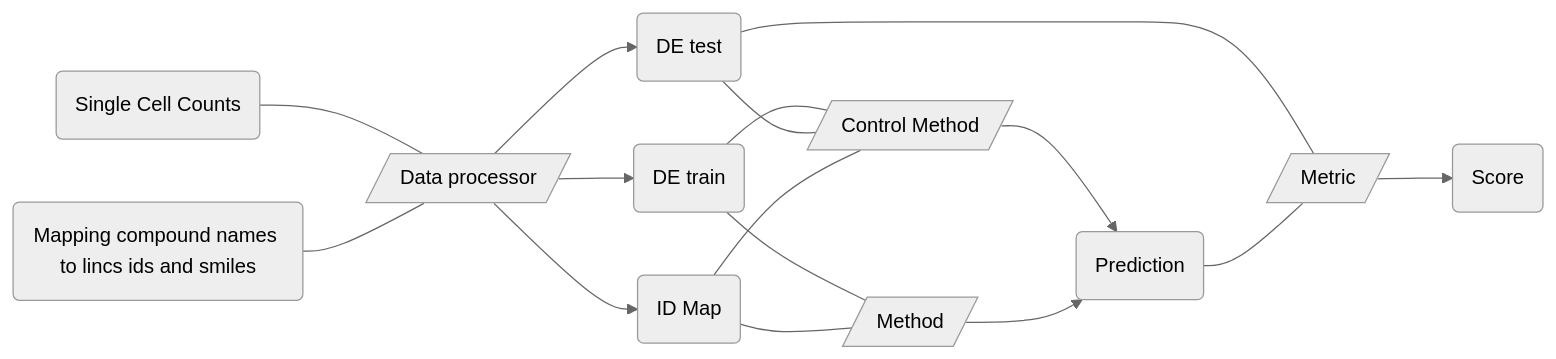
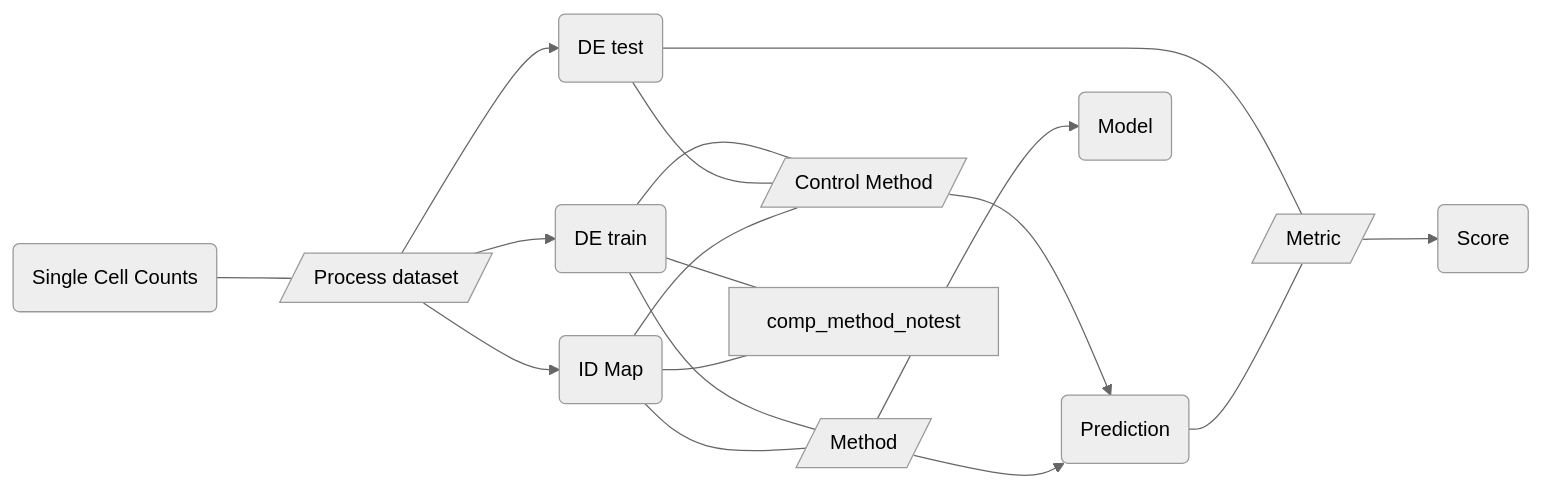
The diagram in README.md (openproblems-bio/task_perturbation_prediction), drawn with Mermaid (neutral theme) before and after one commit. The commit also changed other lines of this file and 122 other files, not shown here.

````diff
--- a/README.md
+++ b/README.md
@@ -124,29 +138,31 @@
 ``` mermaid
 flowchart LR
   file_sc_counts("Single Cell Counts")
-  comp_process_dataset[/"Data processor"/]
-  file_de_train("DE train")
-  file_de_test("DE test")
+  comp_process_dataset[/"Process dataset"/]
+  file_de_train_h5ad("DE train")
+  file_de_test_h5ad("DE test")
   file_id_map("ID Map")
   comp_control_method[/"Control Method"/]
   comp_method[/"Method"/]
   comp_metric[/"Metric"/]
   file_prediction("Prediction")
+  file_model("Model")
   file_score("Score")
-  file_lincs_id_compound_mapping("Mapping compound names to lincs ids and smiles")
   file_sc_counts---comp_process_dataset
-  comp_process_dataset-->file_de_train
-  comp_process_dataset-->file_de_test
+  comp_process_dataset-->file_de_train_h5ad
+  comp_process_dataset-->file_de_test_h5ad
   comp_process_dataset-->file_id_map
-  file_de_train---comp_control_method
-  file_de_train---comp_method
-  file_de_test---comp_control_method
-  file_de_test---comp_metric
+  file_de_train_h5ad---comp_control_method
+  file_de_train_h5ad---comp_method_notest
+  file_de_train_h5ad---comp_method
+  file_de_test_h5ad---comp_control_method
+  file_de_test_h5ad---comp_metric
   file_id_map---comp_control_method
+  file_id_map---comp_method_notest
   file_id_map---comp_method
   comp_control_method-->file_prediction
   comp_method-->file_prediction
+  comp_method-->file_model
   comp_metric-->file_score
   file_prediction---comp_metric
-  file_lincs_id_compound_mapping---comp_process_dataset
 ```
````
